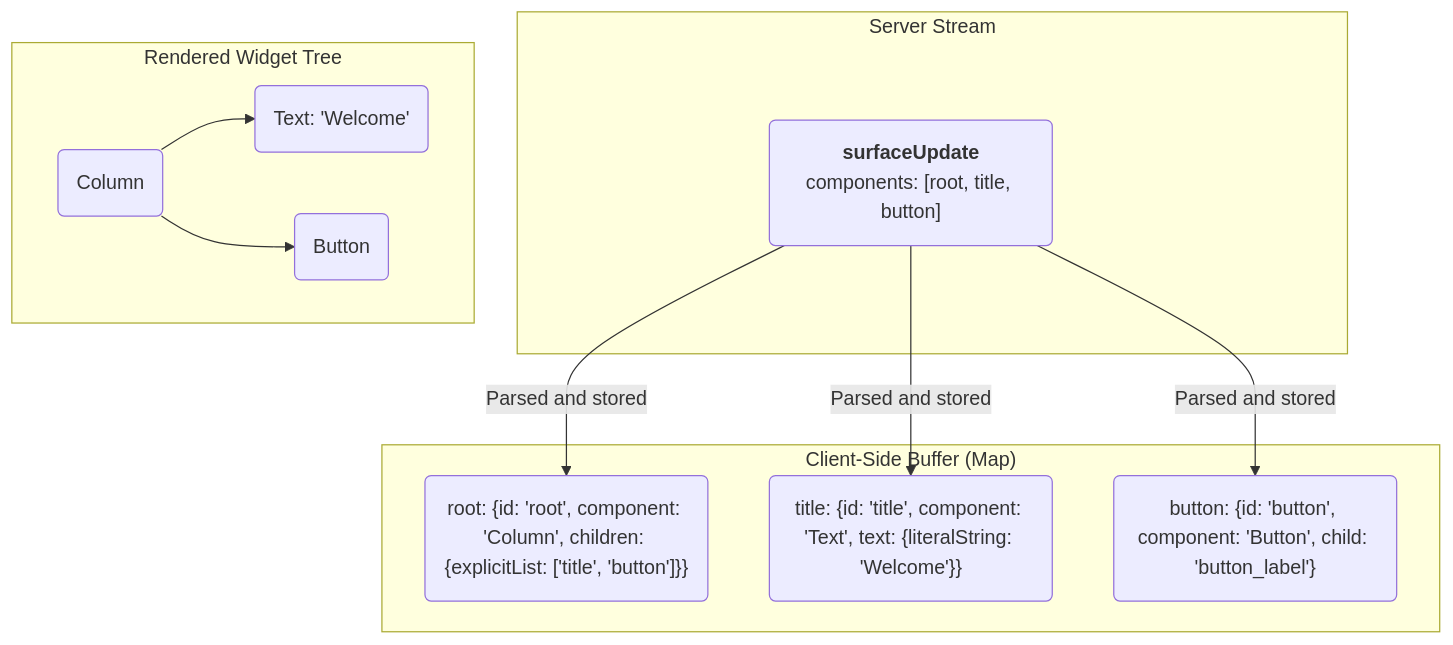
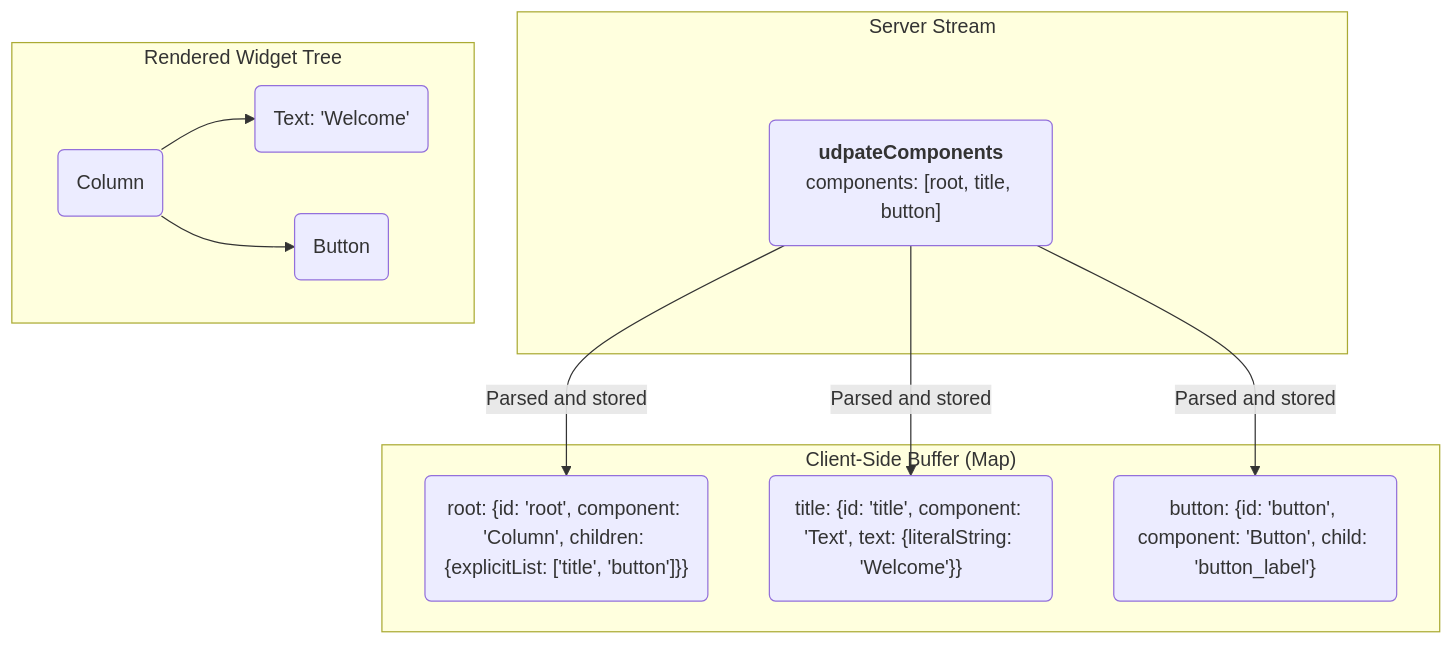
Before and after one commit to google/A2UI: the second of 2 diagrams in specification/0.9/docs/a2ui_protocol.md, drawn with Mermaid. The commit also changed other lines of this file and 7 other files, not shown here.

````diff
--- a/specification/0.9/docs/a2ui_protocol.md
+++ b/specification/0.9/docs/a2ui_protocol.md
@@ -255,22 +255,22 @@
 ```mermaid
 flowchart TD
     subgraph "Server Stream"
-        A("<b>surfaceUpdate</b><br>components: [root, title, button]")
+        A("<b>udpateComponents</b><br>components: [root, title, button]")
     end
 
     subgraph "Client-Side Buffer (Map)"
         C("root: {id: 'root', component: 'Column', children: {explicitList: ['title', 'button']}}")
         D("title: {id: 'title', component: 'Text', text: {literalString: 'Welcome'}}")
         E("button: {id: 'button', component: 'Button', child: 'button_label'}")
     end
 
     subgraph "Rendered Widget Tree"
         F(Column) --> G(Text: 'Welcome')
         F --> H(Button)
     end
 
     A -- "Parsed and stored" --> C
     A -- "Parsed and stored" --> D
     A -- "Parsed and stored" --> E
 
 ```
````
